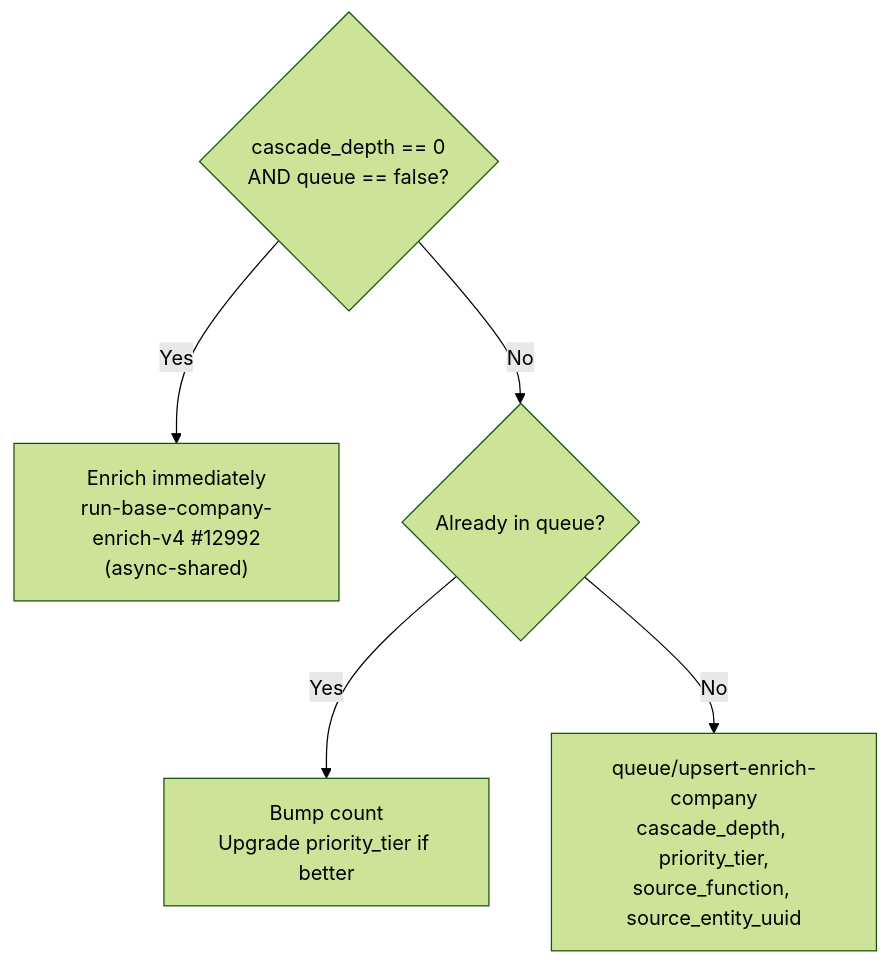
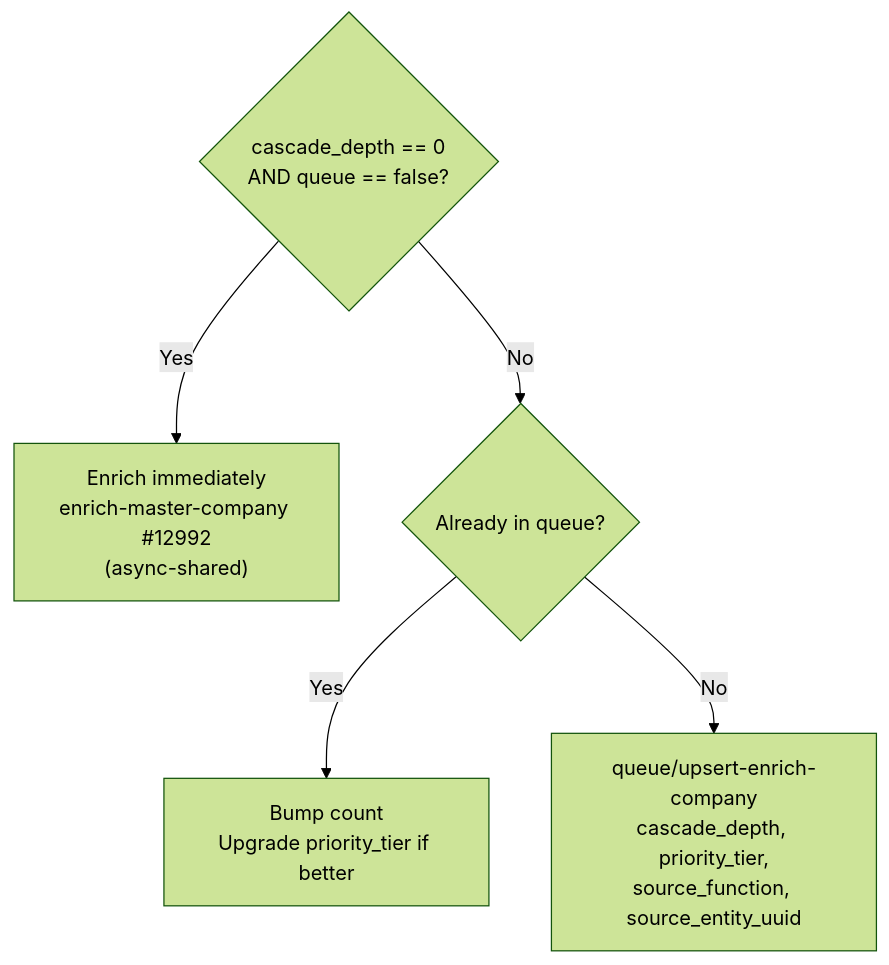
One commit to M-Pederson/docs changed the fifth of 5 diagrams in guides/enrichment/waterfall/company-enrichment-phases.mdx. Above: the diagram before and after it, drawn with Mermaid (forest theme). The commit also changed other lines of this file and 13 other files, not shown here.

````diff
--- a/guides/enrichment/waterfall/company-enrichment-phases.mdx
+++ b/guides/enrichment/waterfall/company-enrichment-phases.mdx
@@ -146,7 +146,7 @@
 ```mermaid
 graph TD
-    A{cascade_depth == 0<br/>AND queue == false?} -->|Yes| B["Enrich immediately<br/>run-base-company-enrich-v4 #12992<br/>(async-shared)"]
+    A{cascade_depth == 0<br/>AND queue == false?} -->|Yes| B["Enrich immediately<br/>enrich-master-company #12992<br/>(async-shared)"]
     A -->|No| C{Already in queue?}
     C -->|Yes| D["Bump count<br/>Upgrade priority_tier if better"]
     C -->|No| E["queue/upsert-enrich-company<br/>cascade_depth, priority_tier,<br/>source_function, source_entity_uuid"]
 ```
````
